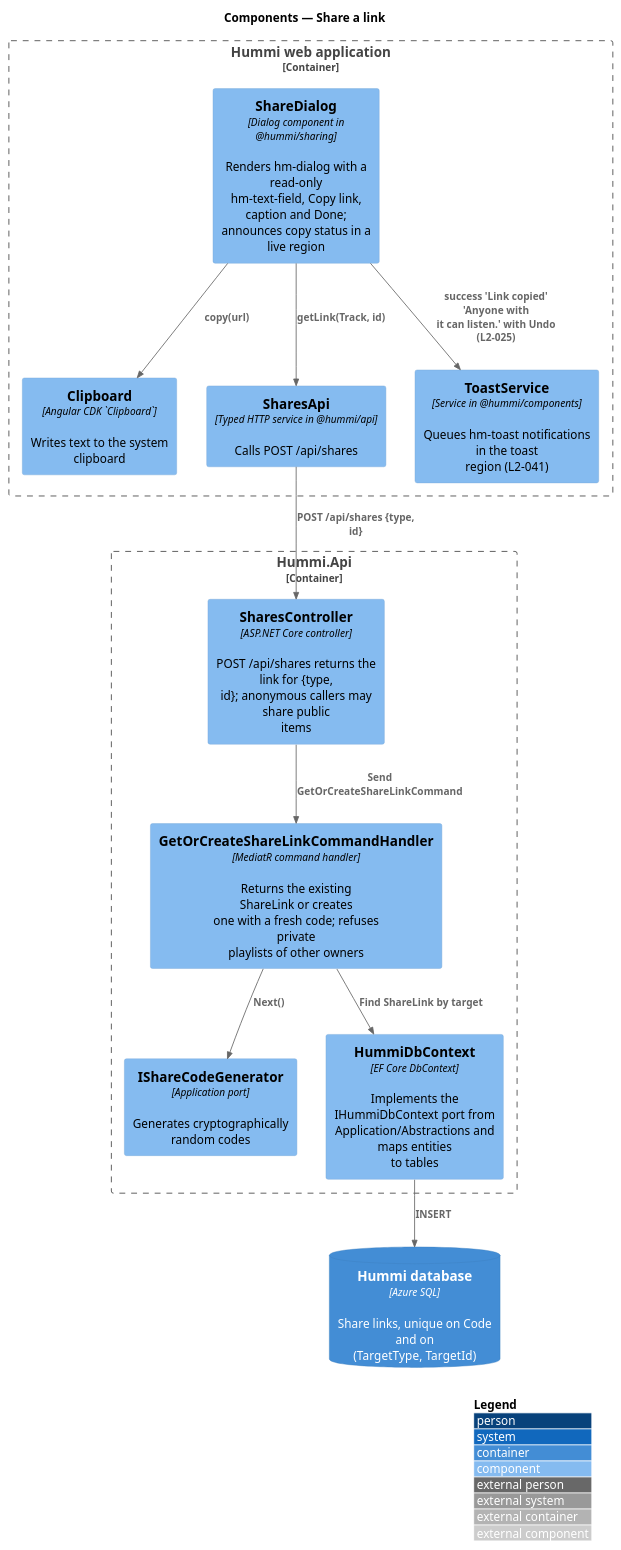
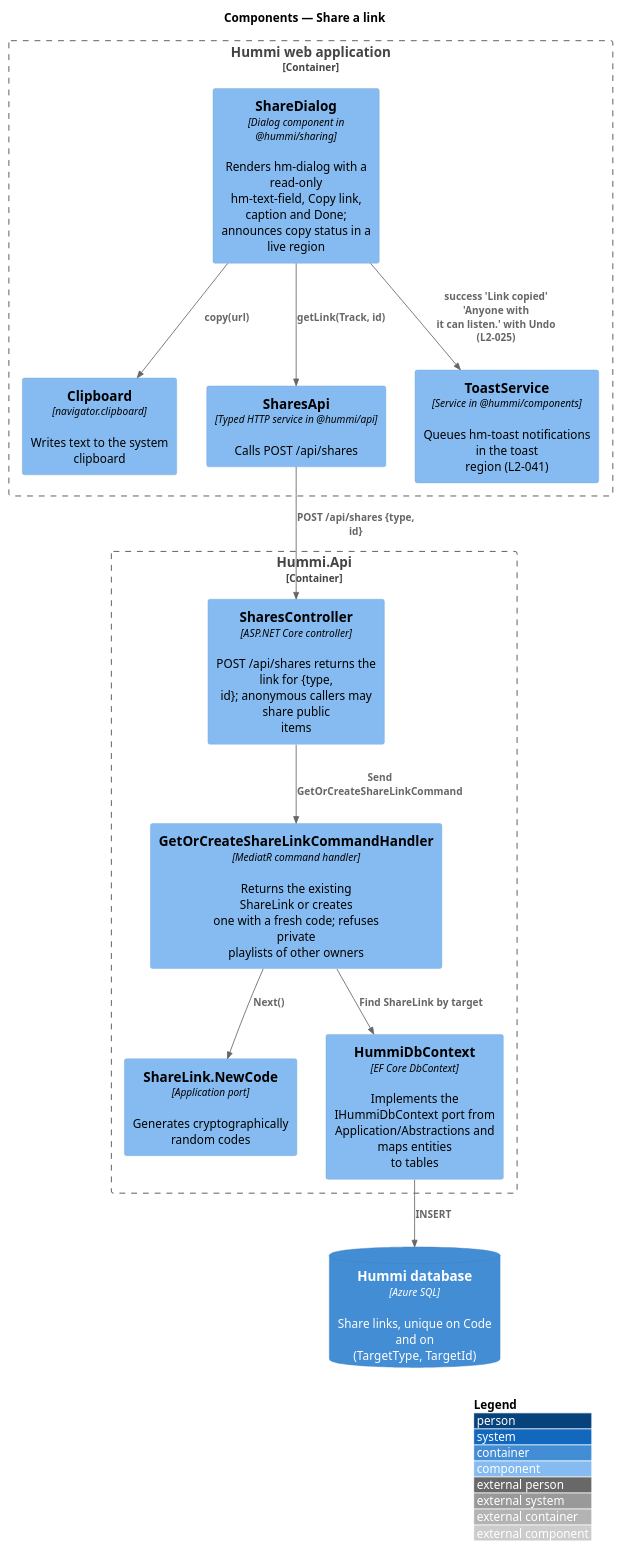
Before and after one commit to QuinntyneBrown/hummi: the diagram in docs/detailed-designs/sharing/share-link/diagrams/c4-component.puml, drawn with PlantUML. The commit also changed 161 other files, not shown here.

```diff
--- a/docs/detailed-designs/sharing/share-link/diagrams/c4-component.puml
+++ b/docs/detailed-designs/sharing/share-link/diagrams/c4-component.puml
@@ -1,27 +1,27 @@
 @startuml
 !include <C4/C4_Component>
 LAYOUT_WITH_LEGEND()
 title Components — Share a link
 
 Container_Boundary(spa, "Hummi web application") {
   Component(dlg, "ShareDialog", "Dialog component in @hummi/sharing", "Renders hm-dialog with a read-only\nhm-text-field, Copy link, caption and Done;\nannounces copy status in a live region")
-  Component(clip, "Clipboard", "Angular CDK `Clipboard`", "Writes text to the system clipboard")
+  Component(clip, "Clipboard", "navigator.clipboard", "Writes text to the system clipboard")
   Component(client, "SharesApi", "Typed HTTP service in @hummi/api", "Calls POST /api/shares")
   Component(toast, "ToastService", "Service in @hummi/components", "Queues hm-toast notifications in the toast\nregion (L2-041)")
 }
 Container_Boundary(api, "Hummi.Api") {
   Component(ctl, "SharesController", "ASP.NET Core controller", "POST /api/shares returns the link for {type,\nid}; anonymous callers may share public\nitems")
   Component(cmd, "GetOrCreateShareLinkCommandHandler", "MediatR command handler", "Returns the existing ShareLink or creates\none with a fresh code; refuses private\nplaylists of other owners")
-  Component(gen, "IShareCodeGenerator", "Application port", "Generates cryptographically random codes")
+  Component(gen, "ShareLink.NewCode", "Application port", "Generates cryptographically random codes")
   Component(ctx, "HummiDbContext", "EF Core DbContext", "Implements the IHummiDbContext port from\nApplication/Abstractions and maps entities\nto tables")
 }
 ContainerDb(db, "Hummi database", "Azure SQL", "Share links, unique on Code and on\n(TargetType, TargetId)")
 Rel(dlg, client, "getLink(Track, id)")
 Rel(client, ctl, "POST /api/shares {type, id}")
 Rel(ctl, cmd, "Send GetOrCreateShareLinkCommand")
 Rel(cmd, ctx, "Find ShareLink by target")
 Rel(cmd, gen, "Next()")
 Rel(ctx, db, "INSERT")
 Rel(dlg, clip, "copy(url)")
 Rel(dlg, toast, "success 'Link copied' 'Anyone with\nit can listen.' with Undo (L2-025)")
 @enduml
```
